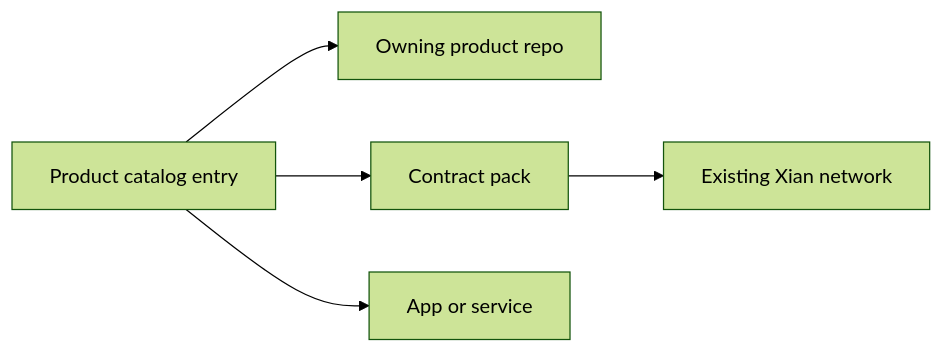
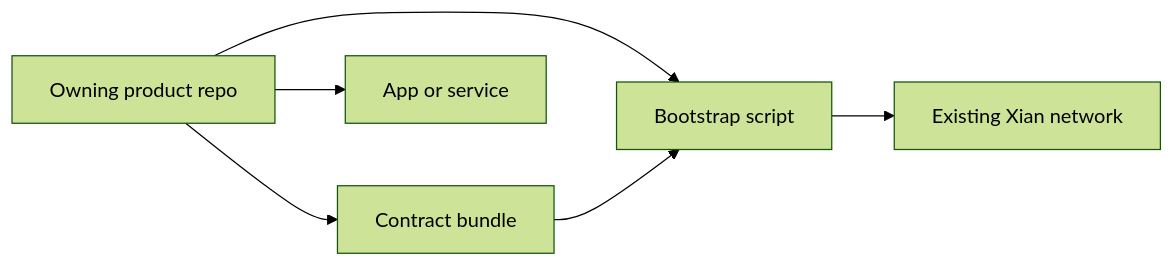
One commit to xian-technology/xian-docs-web changed the diagram in products/index.md. Above: the diagram before and after it, drawn with Mermaid (forest theme). The commit also changed other lines of this file and 27 other files, not shown here.

First line of the commit message:
Docs restructure: drop contract-pack and example pages; nav/content updates

````diff
--- a/products/index.md
+++ b/products/index.md
@@ -31,13 +30,14 @@
 ```mermaid
 flowchart LR
-  Product["Product catalog entry"]
   Repo["Owning product repo"]
-  Pack["Contract pack"]
+  Bundle["Contract bundle"]
+  Bootstrap["Bootstrap script"]
   App["App or service"]
   Network["Existing Xian network"]
 
-  Product --> Repo
-  Product --> Pack
-  Product --> App
-  Pack --> Network
+  Repo --> Bundle
+  Repo --> Bootstrap
+  Repo --> App
+  Bundle --> Bootstrap
+  Bootstrap --> Network
 ```
````
